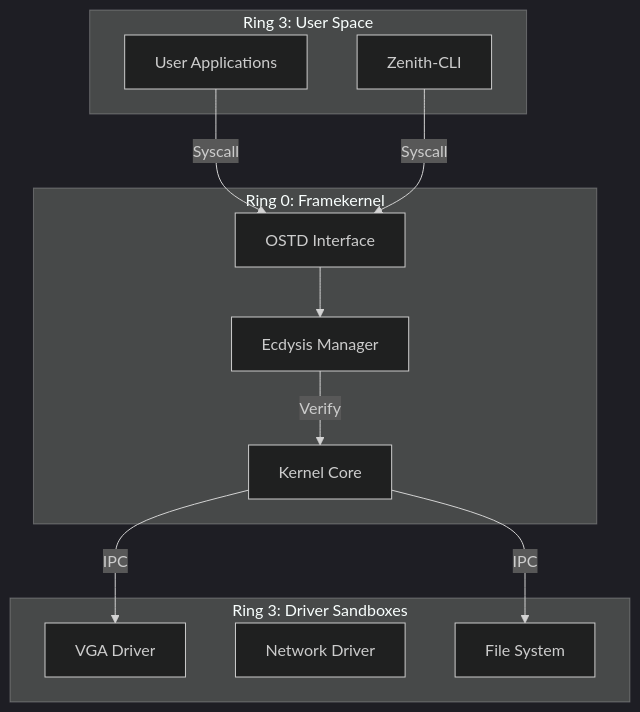
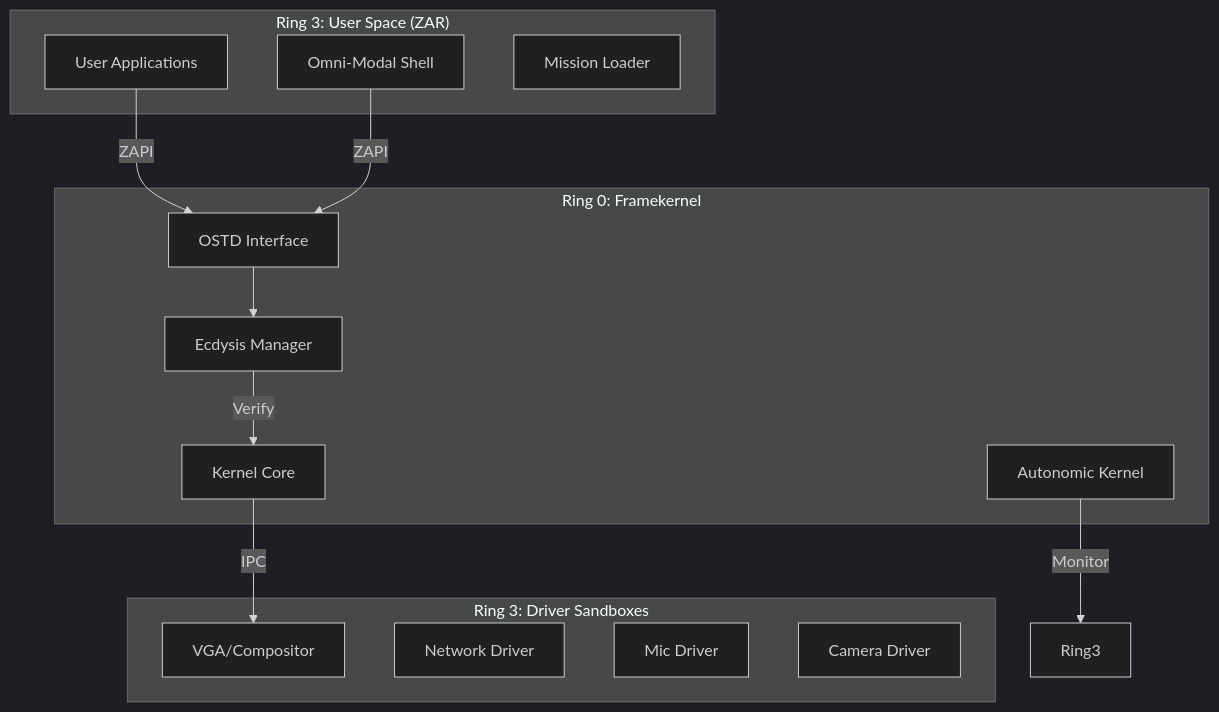
The diagram in doc/comprehensive_report.md (rajkrish0608/ZenithOS), drawn with Mermaid (dark theme) before and after one commit. The commit also changed other lines of this file and 23 other files, not shown here.

Commit message:
Zenith OS: Completed Phases 8-10 (Ecosystem, Omni-Modal UX, Autonomic Lifecycle)

````diff
--- a/doc/comprehensive_report.md
+++ b/doc/comprehensive_report.md
@@ -60,28 +52,31 @@
 ```mermaid
 graph TD
     subgraph "Ring 0: Framekernel"
         Kernel[Kernel Core]
         OSTD[OSTD Interface]
         CapMgr[Ecdysis Manager]
+        Autonomic[Autonomic Kernel]
     end
 
     subgraph "Ring 3: Driver Sandboxes"
-        VGA[VGA Driver]
+        VGA[VGA/Compositor]
         Net[Network Driver]
-        FS[File System]
+        Mic[Mic Driver]
+        Cam[Camera Driver]
     end
 
-    subgraph "Ring 3: User Space"
-        Shell[Zenith-CLI]
+    subgraph "Ring 3: User Space (ZAR)"
+        OMS[Omni-Modal Shell]
         App[User Applications]
+        Loader[Mission Loader]
     end
 
-    App -->|Syscall| OSTD
-    Shell -->|Syscall| OSTD
+    App -->|ZAPI| OSTD
+    OMS -->|ZAPI| OSTD
     
     OSTD --> CapMgr
     CapMgr -- Verify --> Kernel
     
     Kernel -- IPC --> VGA
-    Kernel -- IPC --> FS
+    Autonomic -- Monitor --> Ring3
 ```
````
